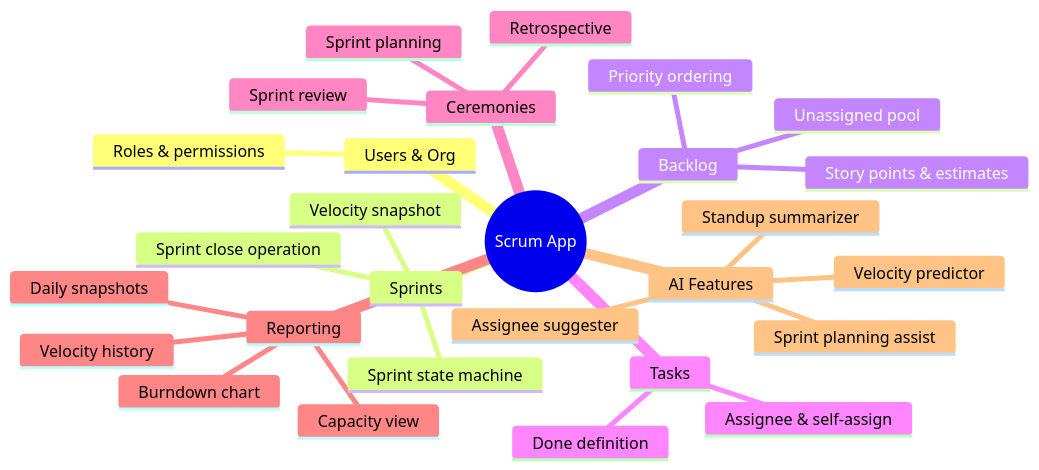
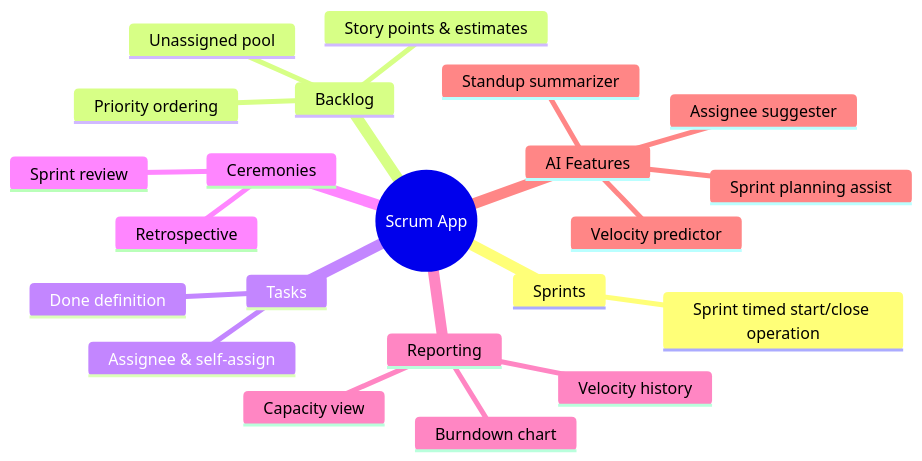
The diagram in README.md (moad-cher/PFE), drawn with Mermaid before and after one commit. The commit also changed 18 other files, not shown here.

````diff
--- a/README.md
+++ b/README.md
@@ -110,41 +110,39 @@
 ```mermaid
 mindmap
   root((Scrum App))
-    Users & Org
+    %% Users & Org
       %% Departments
       %% organization structure mechanics
-      Roles & permissions
+      %% Roles & permissions
       %% HR access scope
     %% Projects
       %% scrum mode only
       %% 1 Team per project
       %% Project manager ownership transfer
     Sprints
-      Sprint state machine
+      %% Sprint state machine
       %% Incomplete stories
-      Velocity snapshot
-      Sprint close operation
+      Sprint timed start/close operation
     Backlog
       Story points & estimates
       Priority ordering
       Unassigned pool
     Tasks
       %% State machine
       Assignee & self-assign
       Done definition
     Ceremonies
-      Sprint planning
+      %% Sprint planning
       Sprint review
       Retrospective
     Reporting
       %% team workload
       Burndown chart
       Velocity history
-      Daily snapshots
       Capacity view
     AI Features
       Sprint planning assist
       Standup summarizer
       Velocity predictor
       Assignee suggester
 ```
````
